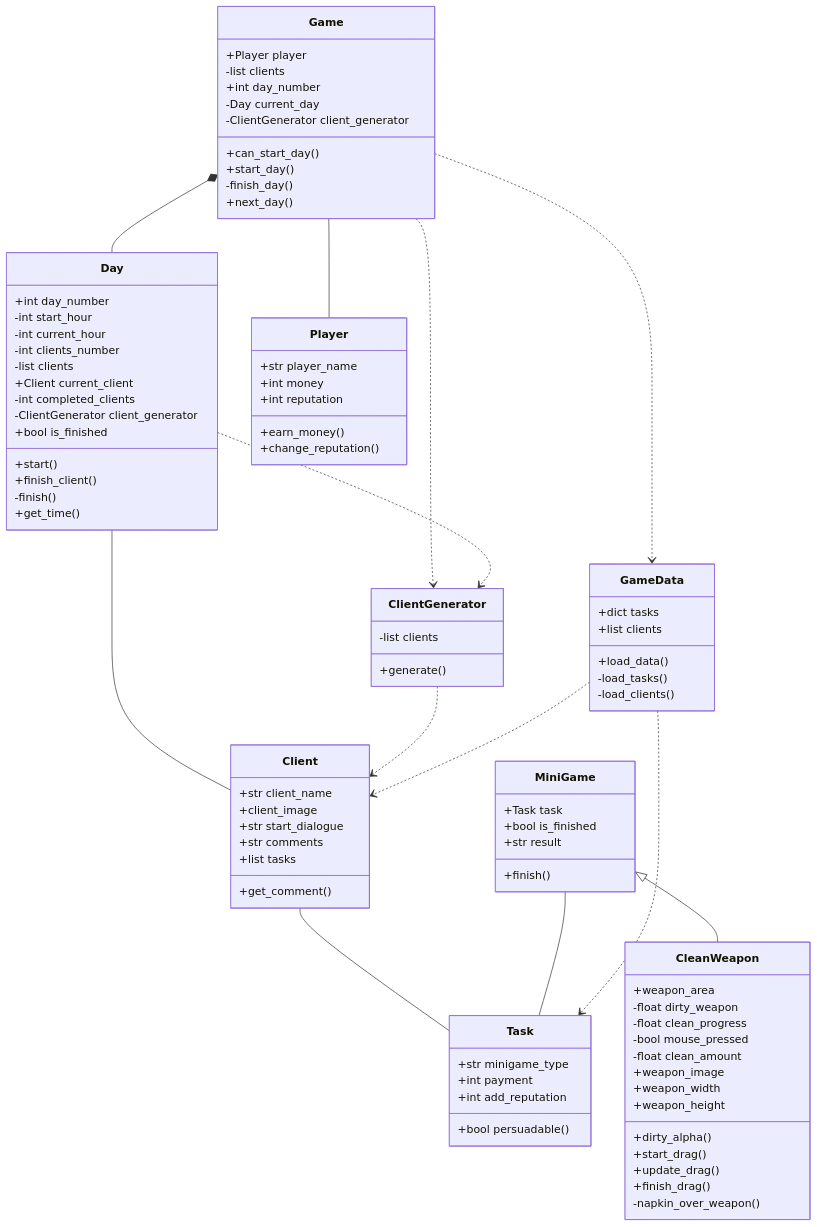
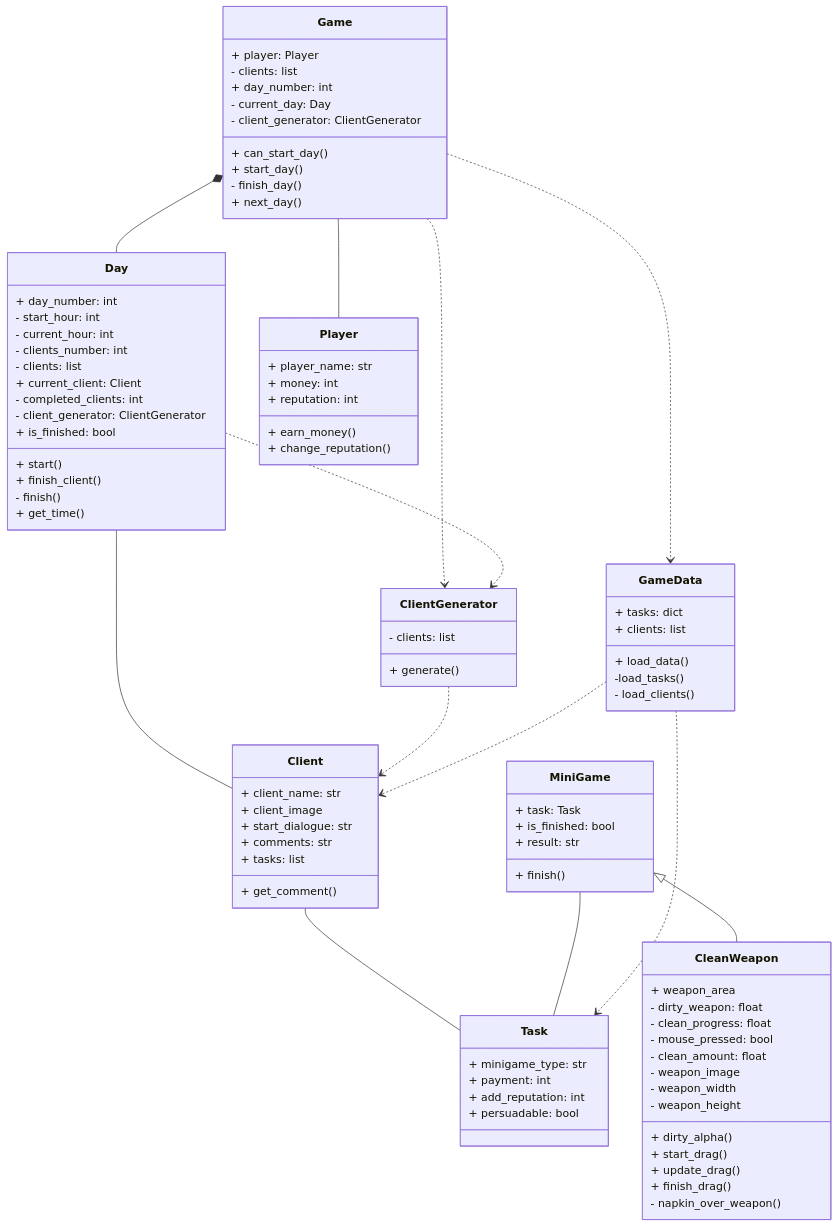
Before and after one commit to ksusha-g/Criminal-Helper-Simulator: the diagram in docs/UML.md, drawn with Mermaid.

Commit message:
Update UML.md
исправила отображение типов данных (добавила ":")

````diff
--- a/docs/UML.md
+++ b/docs/UML.md
@@ -1,93 +1,93 @@
 ```mermaid
 classDiagram
-    class Game {
-        +Player player
-        -list clients
-        +int day_number
-        -Day current_day
-        -ClientGenerator client_generator
-        +can_start_day()
-        +start_day()
-        -finish_day()
-        +next_day()
-    }
-
-    class Day {
-        +int day_number
-        -int start_hour
-        -int current_hour
-        -int clients_number
-        -list clients
-        +Client current_client
-        -int completed_clients
-        -ClientGenerator client_generator
-        +bool is_finished
-        +start()
-        +finish_client()
-        -finish()
-        +get_time()
-    }
-
-    class ClientGenerator {
-        -list clients
-        +generate()
-    }
-
+    class Game{
+        + player: Player
+        - clients: list
+        + day_number: int
+        - current_day: Day
+        - client_generator: ClientGenerator
+        + can_start_day()
+        + start_day()
+        - finish_day()
+        + next_day()
+        }
+        
+    class Day{
+        + day_number: int
+        - start_hour: int
+        - current_hour: int
+        - clients_number: int
+        - clients: list
+        + current_client: Client
+        - completed_clients: int
+        - client_generator: ClientGenerator
+        + is_finished: bool
+        + start()
+        + finish_client()
+        - finish()
+        + get_time()
+        }
+        
+    class ClientGenerator{
+        - clients: list
+        + generate()
+        }
+        
     class Player {
-        +str player_name
-        +int money
-        +int reputation
-        +earn_money()
-        +change_reputation()
-    }
-
-    class Task {
-        +str minigame_type
-        +int payment
-        +int add_reputation
-        +bool persuadable()
-    }
-
+        + player_name: str
+        + money: int
+        + reputation: int
+        + earn_money()
+        + change_reputation()
+        }
+        
+    class Task{
+        + minigame_type: str
+        + payment: int
+        + add_reputation: int
+        + persuadable: bool
+        }
+        
     class Client {
-        +str client_name
-        +client_image
-        +str start_dialogue
-        +str comments
-        +list tasks
-        +get_comment()
-    }
-
+        + client_name: str
+        + client_image
+        + start_dialogue: str
+        + comments: str
+        + tasks: list
+        + get_comment()
+        }
+        
     class MiniGame {
-        +Task task
-        +bool is_finished
-        +str result
-        +finish()
-    }
-
-    class CleanWeapon {
-        +weapon_area
-        -float dirty_weapon
-        -float clean_progress
-        -bool mouse_pressed
-        -float clean_amount
-        +weapon_image
-        +weapon_width
-        +weapon_height
-        +dirty_alpha()
-        +start_drag()
-        +update_drag()
-        +finish_drag()
-        -napkin_over_weapon()
-    }
-
+        + task: Task
+        + is_finished: bool
+        + result: str
+        + finish()
+        }
+        
+    class CleanWeapon{
+        + weapon_area
+        - dirty_weapon: float
+        - clean_progress: float
+        - mouse_pressed: bool
+        - clean_amount: float
+        - weapon_image
+        - weapon_width
+        - weapon_height
+        + dirty_alpha()
+        + start_drag()
+        + update_drag()
+        + finish_drag()
+        - napkin_over_weapon()
+        }
+        
     class GameData {
-        +dict tasks
-        +list clients
-        +load_data()
+        + tasks: dict
+        + clients: list
+        + load_data()
         -load_tasks()
-        -load_clients()
-    }
-
+        - load_clients()
+        }
+        
     MiniGame <|-- CleanWeapon
     Game -- Player
     Client -- Task
````
